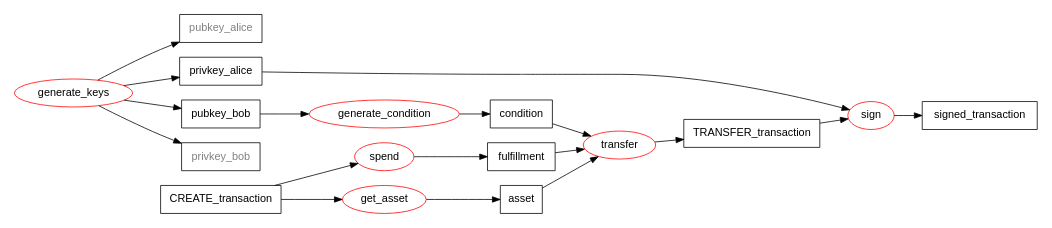
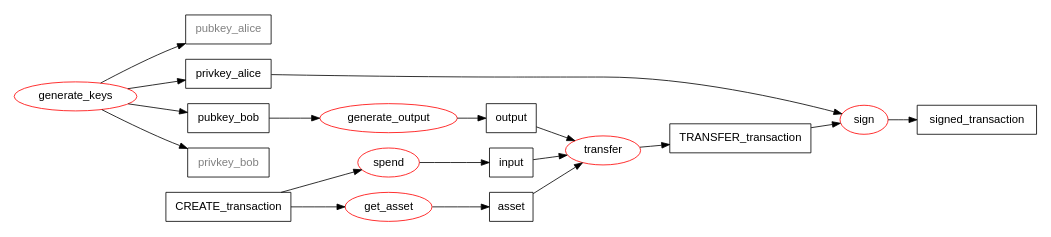
One commit to bigchaindb/bdb-transaction-cli changed the third of 3 diagrams in docs/usage.rst. Above: the diagram before and after it, drawn with Graphviz. The commit also changed other lines of this file, not shown here.

Commit message:
update usage dot graph

```diff
--- a/docs/usage.rst
+++ b/docs/usage.rst
@@ -71,45 +71,45 @@
 .. graphviz::
 
     digraph TRANSFER {
 	size = 10;
 	rankdir=LR;
 	node [fontname="helvetica"];
 	node [color=red]
 
 	{ // Inputs (non processes)
 	    node [shape=record]
 	    node [color=black]
-	    condition
+	    output
 	    pubkey_alice [fontcolor=grey]
 	    privkey_alice
 	    pubkey_bob
 	    privkey_bob [fontcolor=grey]
 	    CREATE_transaction
 	    TRANSFER_transaction
 	    signed_transaction
-	    fulfillment
+	    input
 	    asset
 	}
 	
 	{
 	    generate_keys -> pubkey_alice
 	    generate_keys -> privkey_alice
 	    generate_keys -> pubkey_bob
 	    generate_keys -> privkey_bob
-	    pubkey_bob -> generate_condition
-	    generate_condition -> condition
+	    pubkey_bob -> generate_output
+	    generate_output -> output
 	    privkey_alice -> sign
 	    CREATE_transaction -> spend
             CREATE_transaction -> get_asset
             get_asset -> asset
-	    spend -> fulfillment
+	    spend -> input
 	    TRANSFER_transaction -> sign
 	    sign -> signed_transaction
 	    asset -> transfer
-	    fulfillment -> transfer
-	    condition -> transfer
+	    input -> transfer
+	    output -> transfer
 	    transfer -> TRANSFER_transaction
 	}
 
 	{ rank=same pubkey_alice privkey_alice pubkey_bob privkey_bob }
     }
```
